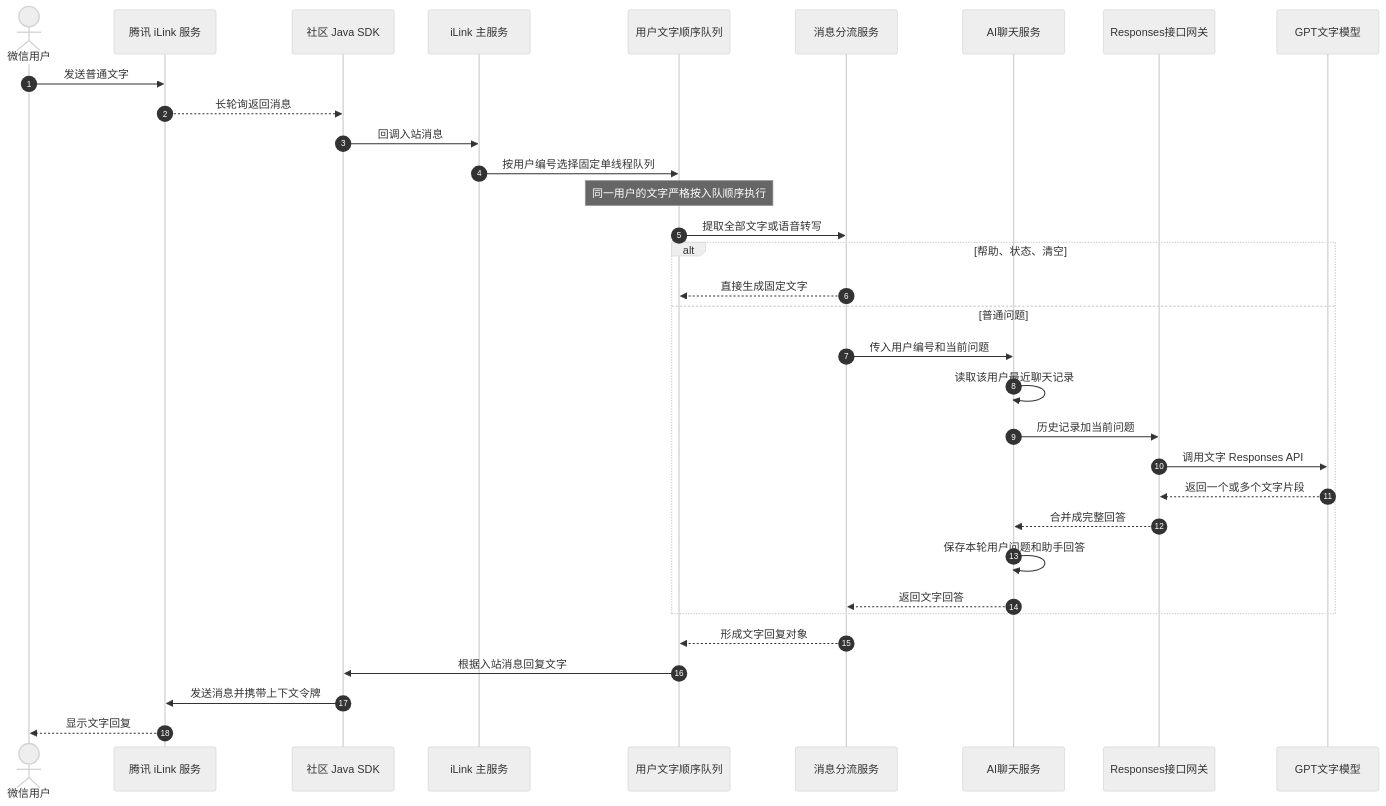
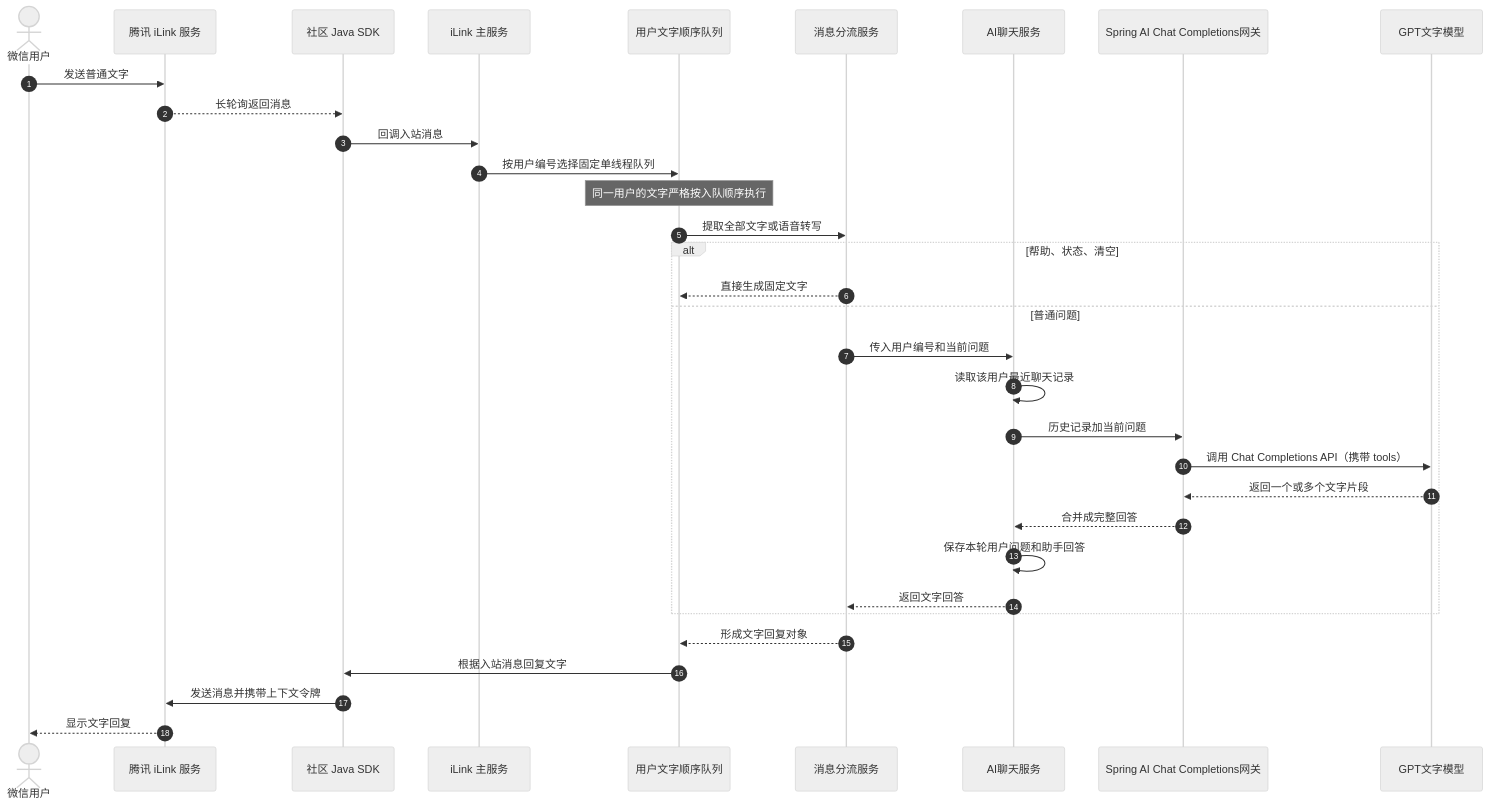
The fourth of 7 diagrams in docs/architecture/ILINK_PROJECT_SEQUENCE_GUIDE.md (TianJinYing2006/openclaw), drawn with Mermaid (neutral theme) before and after one commit. The commit also changed other lines of this file and 65 other files, not shown here.

Commit message:
feat: 完善微信 Agent 工具编排与 OSS 图片资产

````diff
--- a/docs/architecture/ILINK_PROJECT_SEQUENCE_GUIDE.md
+++ b/docs/architecture/ILINK_PROJECT_SEQUENCE_GUIDE.md
@@ -224,36 +220,36 @@
 ```mermaid
 sequenceDiagram
     autonumber
     actor 用户 as 微信用户
     participant 腾讯 as 腾讯 iLink 服务
     participant SDK as 社区 Java SDK
     participant 主服务 as iLink 主服务
     participant 文字队列 as 用户文字顺序队列
     participant 分流 as 消息分流服务
     participant 会话 as AI聊天服务
-    participant 网关 as Responses接口网关
+    participant 网关 as Spring AI Chat Completions网关
     participant 模型 as GPT文字模型
 
     用户->>腾讯: 发送普通文字
     腾讯-->>SDK: 长轮询返回消息
     SDK->>主服务: 回调入站消息
     主服务->>文字队列: 按用户编号选择固定单线程队列
     Note over 文字队列: 同一用户的文字严格按入队顺序执行
     文字队列->>分流: 提取全部文字或语音转写
     alt 帮助、状态、清空
         分流-->>文字队列: 直接生成固定文字
     else 普通问题
         分流->>会话: 传入用户编号和当前问题
         会话->>会话: 读取该用户最近聊天记录
         会话->>网关: 历史记录加当前问题
-        网关->>模型: 调用文字 Responses API
+        网关->>模型: 调用 Chat Completions API（携带 tools）
         模型-->>网关: 返回一个或多个文字片段
         网关-->>会话: 合并成完整回答
         会话->>会话: 保存本轮用户问题和助手回答
         会话-->>分流: 返回文字回答
     end
     分流-->>文字队列: 形成文字回复对象
     文字队列->>SDK: 根据入站消息回复文字
     SDK->>腾讯: 发送消息并携带上下文令牌
     腾讯-->>用户: 显示文字回复
 ```
````
